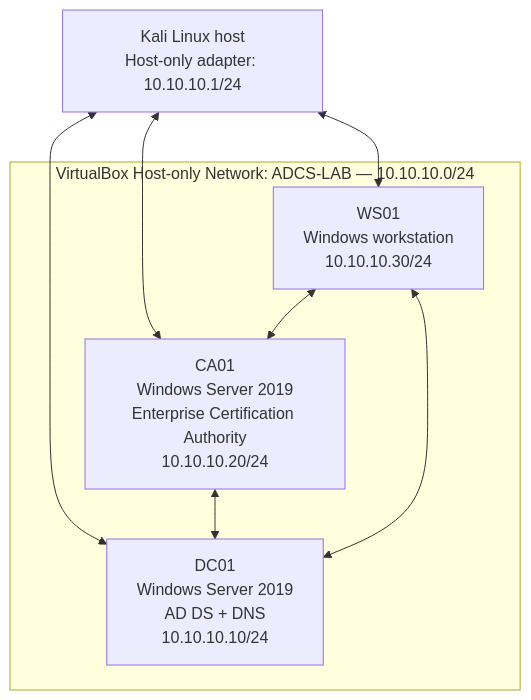
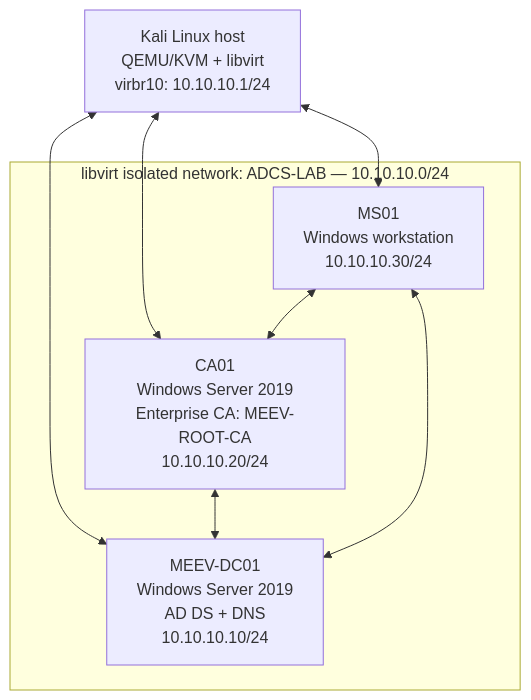
One commit to meev777/adcs-attack-path-lab changed the diagram in diagrams/architecture.md. Above: the diagram before and after it, drawn with Mermaid. The commit also changed other lines of this file and 21 other files, not shown here.

````diff
--- a/diagrams/architecture.md
+++ b/diagrams/architecture.md
@@ -9,17 +9,17 @@
 ```mermaid
 flowchart TB
-    HOST["Kali Linux host<br/>Host-only adapter: 10.10.10.1/24"]
+    HOST["Kali Linux host<br/>QEMU/KVM + libvirt<br/>virbr10: 10.10.10.1/24"]
 
-    subgraph LAB["VirtualBox Host-only Network: ADCS-LAB — 10.10.10.0/24"]
-        DC["DC01<br/>Windows Server 2019<br/>AD DS + DNS<br/>10.10.10.10/24"]
-        CA["CA01<br/>Windows Server 2019<br/>Enterprise Certification Authority<br/>10.10.10.20/24"]
-        WS["WS01<br/>Windows workstation<br/>10.10.10.30/24"]
+    subgraph LAB["libvirt isolated network: ADCS-LAB — 10.10.10.0/24"]
+        DC["MEEV-DC01<br/>Windows Server 2019<br/>AD DS + DNS<br/>10.10.10.10/24"]
+        CA["CA01<br/>Windows Server 2019<br/>Enterprise CA: MEEV-ROOT-CA<br/>10.10.10.20/24"]
+        WS["MS01<br/>Windows workstation<br/>10.10.10.30/24"]
     end
 
     HOST <--> DC
     HOST <--> CA
     HOST <--> WS
     CA <--> DC
     WS <--> DC
     WS <--> CA
 ```
````
